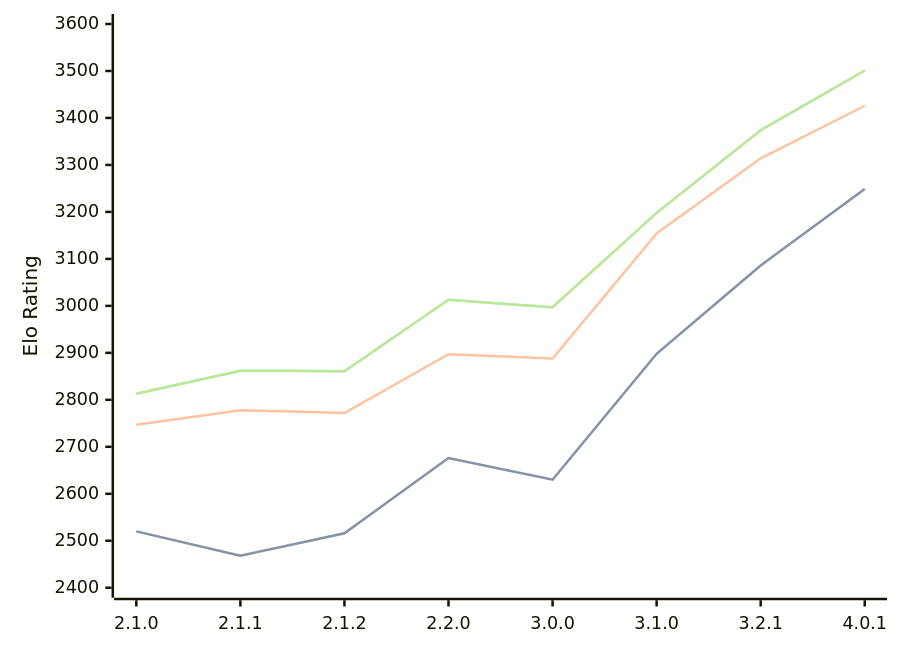
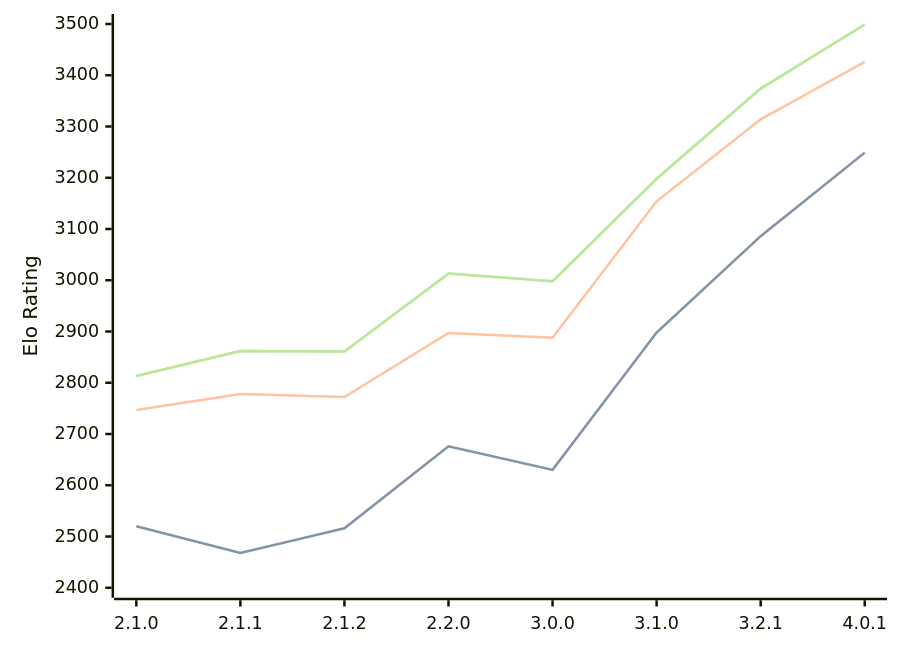
One commit to computer-chess-index/cci changed the diagram in engines/Prune.md. Above: the diagram before and after it, drawn with Mermaid. The commit also changed other lines of this file, not shown here.

Commit message:
Update CCI Ratings (ELO VLTC) - 2026-08-01

````diff
--- a/engines/Prune.md
+++ b/engines/Prune.md
@@ -44,11 +44,11 @@
 ```mermaid
 %%{init: {"theme":"base","themeVariables":{"seriesColors:['#a3a3a3','#222221','#faa371']}}}%%
 xychart-beta
   x-axis ["2.1.0", "2.1.1", "2.1.2", "2.2.0", "3.0.0", "3.1.0", "3.2.1", "4.0.1"]
-  y-axis "Elo Rating" 2400 --> 3600
+  y-axis "Elo Rating" 2400 --> 3500
   line "STC (8.0+0.08s)" [2520, 2468, 2516, 2676, 2630, 2898, 3086, 3249]
   line "STC (8.0+0.08s)" [2520, 2468, 2516, 2676, 2630, 2898, 3086, 3249]
   line "LTC (60.0+0.60s)" [2747, 2778, 2772, 2897, 2888, 3154, 3314, 3426]
-  line "VLTC (2m24s+1.12s)" [2813, 2862, 2861, 3013, 2997, 3198, 3374, 3501]
-  line "VLTC (2m24s+1.12s)" [2813, 2862, 2861, 3013, 2997, 3198, 3374, 3501]
+  line "VLTC (2m24s+1.12s)" [2813, 2862, 2861, 3013, 2998, 3198, 3374, 3499]
+  line "VLTC (2m24s+1.12s)" [2813, 2862, 2861, 3013, 2998, 3198, 3374, 3499]
 ```
````
